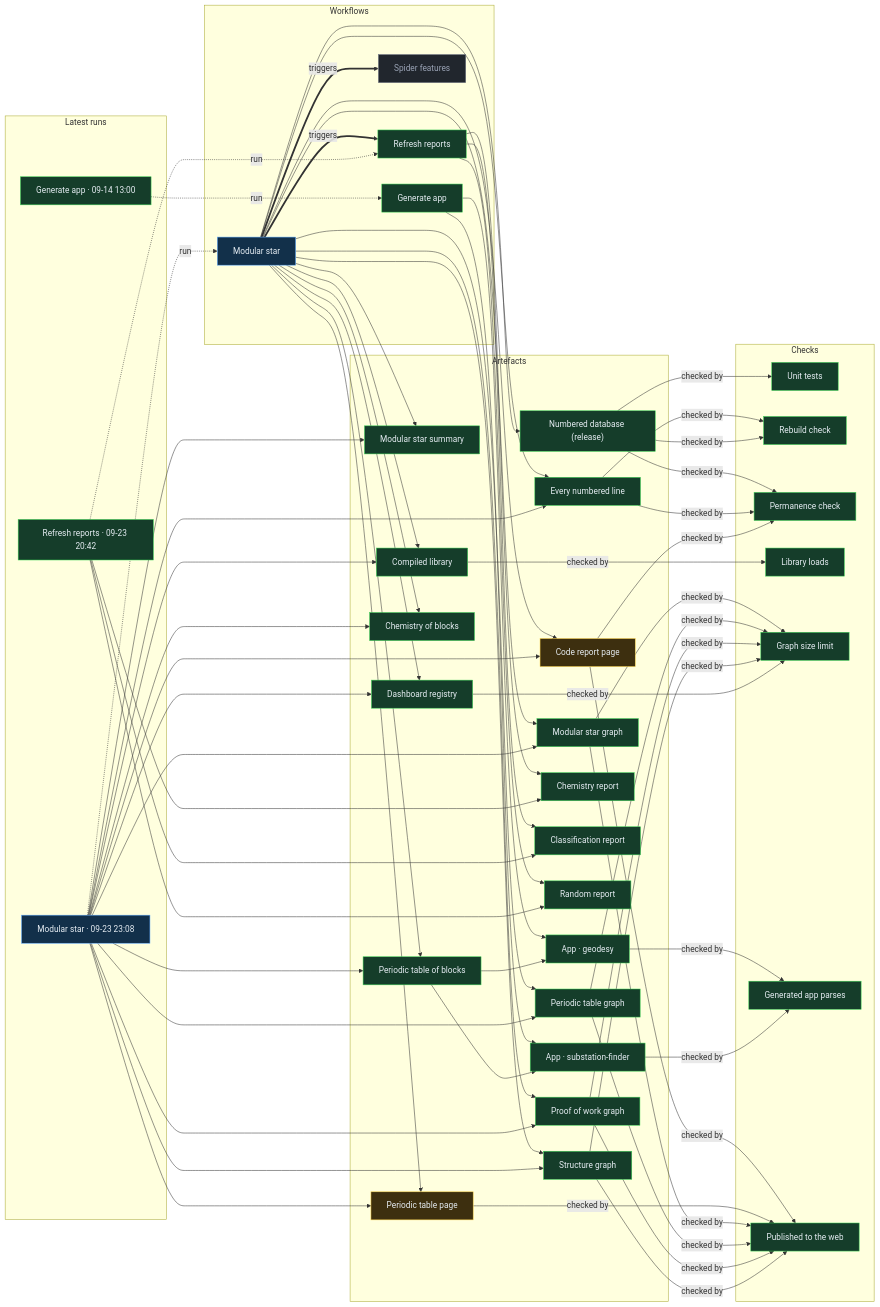
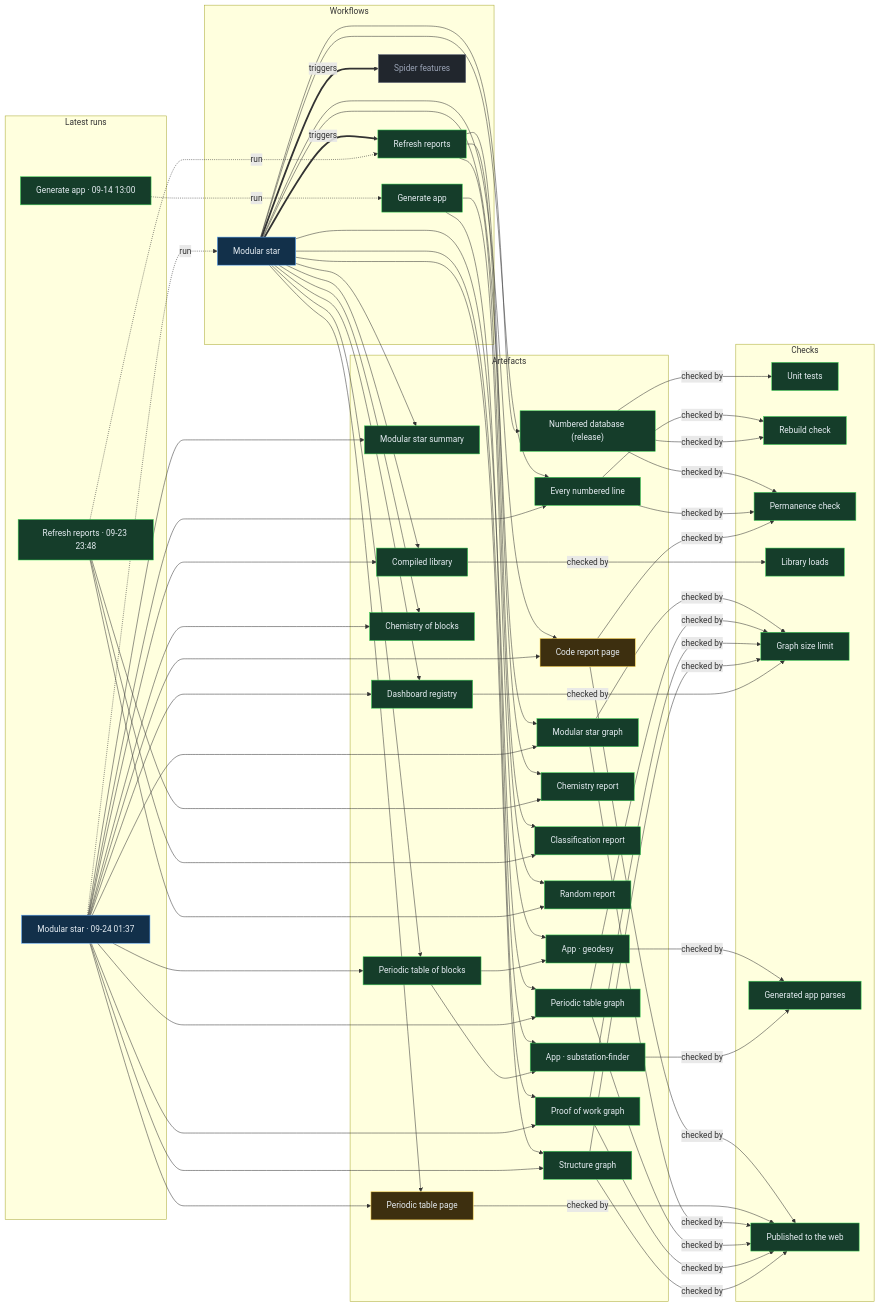
The diagram in proof/PROOF.md (Ventusltd/stars), drawn with Mermaid before and after one commit. The commit also changed other lines of this file and 32 other files, not shown here.

Commit message:
Modular star 2026-09-24T01:40Z

```diff
--- a/proof/PROOF.md
+++ b/proof/PROOF.md
@@ -24,8 +24,8 @@
   n_wf_spider_features["Spider features"]:::off
   end
   subgraph g_runs["Latest runs"]
-  n_run_35932065351["Modular star · 09-23 23:08"]:::live
-  n_run_35917712198["Refresh reports · 09-23 20:42"]:::ok
+  n_run_35943757064["Modular star · 09-24 01:37"]:::live
+  n_run_35935370760["Refresh reports · 09-23 23:48"]:::ok
   n_run_34846587798["Generate app · 09-14 13:00"]:::ok
   end
   subgraph g_artefacts["Artefacts"]
@@ -59,39 +59,39 @@
   end
   n_wf_modular_star == triggers ==> n_wf_refresh
   n_wf_modular_star == triggers ==> n_wf_spider_features
-  n_run_35932065351 -. run .-> n_wf_modular_star
-  n_run_35917712198 -. run .-> n_wf_refresh
+  n_run_35943757064 -. run .-> n_wf_modular_star
+  n_run_35935370760 -. run .-> n_wf_refresh
   n_run_34846587798 -. run .-> n_wf_generate
   n_wf_modular_star --> n_art_summary
-  n_run_35932065351 --> n_art_summary
+  n_run_35943757064 --> n_art_summary
   n_wf_modular_star --> n_art_lines
-  n_run_35932065351 --> n_art_lines
+  n_run_35943757064 --> n_art_lines
   n_wf_modular_star --> n_art_code
-  n_run_35932065351 --> n_art_code
+  n_run_35943757064 --> n_art_code
   n_wf_modular_star --> n_art_modular_graph
-  n_run_35932065351 --> n_art_modular_graph
+  n_run_35943757064 --> n_art_modular_graph
   n_wf_modular_star --> n_art_blocks
-  n_run_35932065351 --> n_art_blocks
+  n_run_35943757064 --> n_art_blocks
   n_wf_modular_star --> n_art_table
-  n_run_35932065351 --> n_art_table
+  n_run_35943757064 --> n_art_table
   n_wf_modular_star --> n_art_blocks_graph
-  n_run_35932065351 --> n_art_blocks_graph
+  n_run_35943757064 --> n_art_blocks_graph
   n_wf_modular_star --> n_art_reactions
-  n_run_35932065351 --> n_art_reactions
+  n_run_35943757064 --> n_art_reactions
   n_wf_modular_star --> n_art_library
-  n_run_35932065351 --> n_art_library
+  n_run_35943757064 --> n_art_library
   n_wf_modular_star --> n_art_features
-  n_run_35932065351 --> n_art_features
+  n_run_35943757064 --> n_art_features
   n_wf_modular_star --> n_art_proof
-  n_run_35932065351 --> n_art_proof
+  n_run_35943757064 --> n_art_proof
   n_wf_modular_star --> n_art_structure
-  n_run_35932065351 --> n_art_structure
+  n_run_35943757064 --> n_art_structure
   n_wf_refresh --> n_art_chemistry
-  n_run_35917712198 --> n_art_chemistry
+  n_run_35935370760 --> n_art_chemistry
   n_wf_refresh --> n_art_vedic
-  n_run_35917712198 --> n_art_vedic
+  n_run_35935370760 --> n_art_vedic
   n_wf_refresh --> n_art_random
-  n_run_35917712198 --> n_art_random
+  n_run_35935370760 --> n_art_random
   n_wf_modular_star --> n_art_release
   n_wf_generate --> n_app_geodesy
   n_art_blocks --> n_app_geodesy
```
